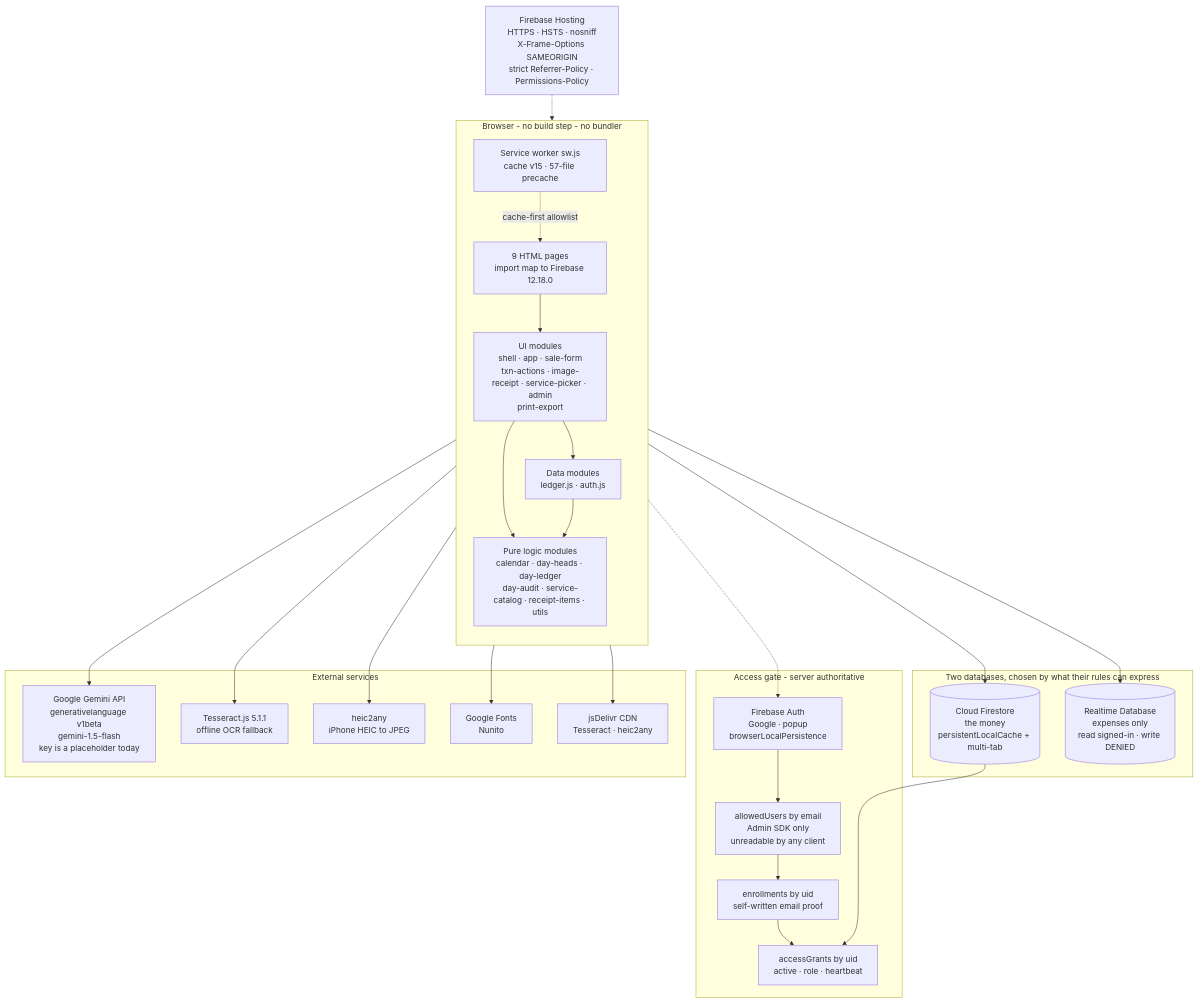
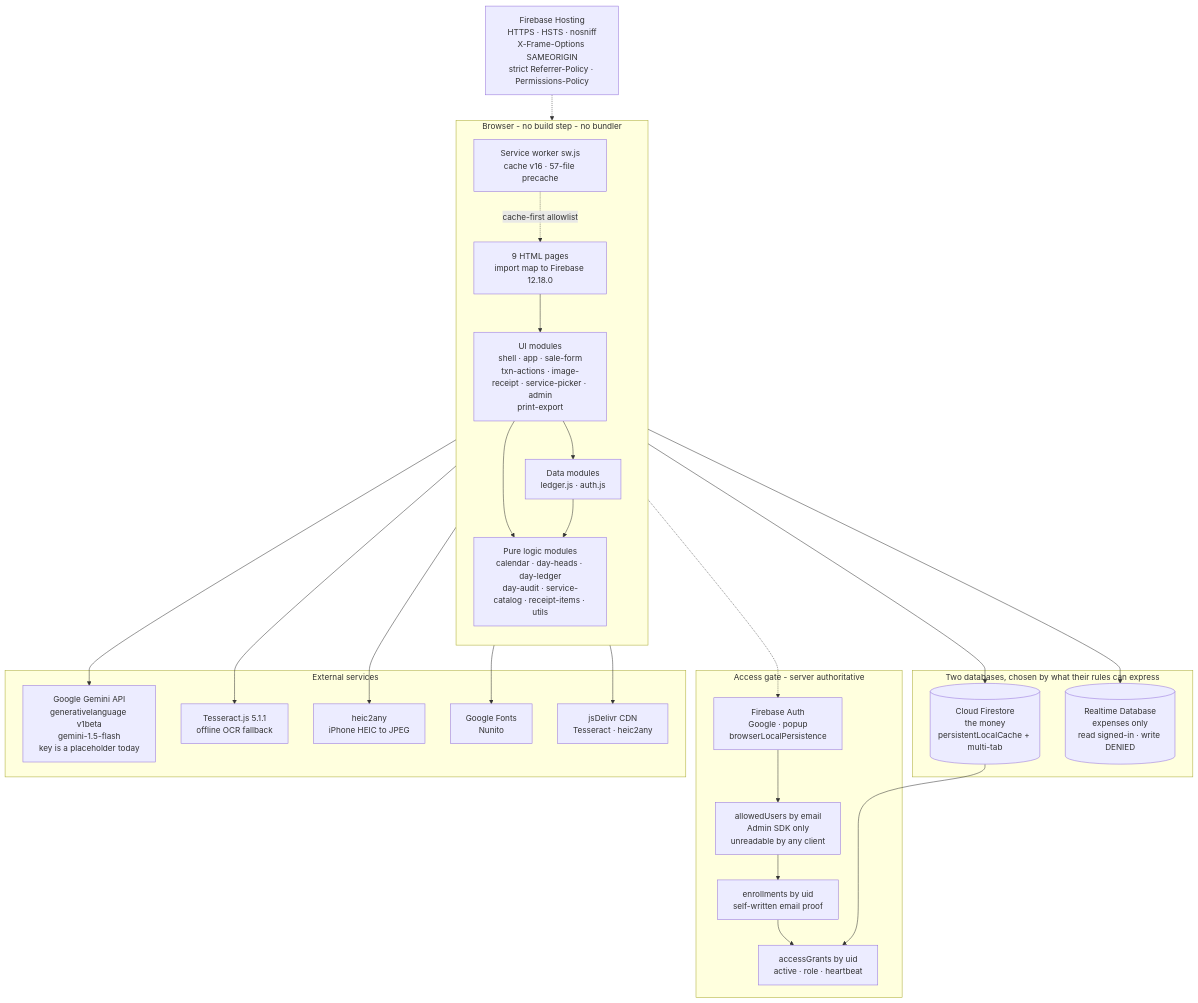
One commit to arshinmrelju/leadger changed the sixth of 7 diagrams in README.md. Above: the diagram before and after it, drawn with Mermaid. The commit also changed other lines of this file and 6 other files, not shown here.

````diff
--- a/README.md
+++ b/README.md
@@ -841,50 +841,50 @@
 ```mermaid
 flowchart TD
     subgraph CLIENT["Browser - no build step - no bundler"]
         direction TB
         HTML["9 HTML pages<br/>import map to Firebase 12.18.0"]
         PURE["Pure logic modules<br/>calendar · day-heads · day-ledger<br/>day-audit · service-catalog · receipt-items · utils"]
         UI["UI modules<br/>shell · app · sale-form<br/>txn-actions · image-receipt · service-picker · admin<br/>print-export"]
         IO["Data modules<br/>ledger.js · auth.js"]
-        SW["Service worker sw.js<br/>cache v15 · 57-file precache"]
+        SW["Service worker sw.js<br/>cache v16 · 57-file precache"]
         HTML --> UI
         UI --> IO
         UI --> PURE
         IO --> PURE
         SW -.->|cache-first allowlist| HTML
     end
 
     subgraph GATE["Access gate - server authoritative"]
         A1["Firebase Auth<br/>Google · popup<br/>browserLocalPersistence"]
         A2["allowedUsers by email<br/>Admin SDK only<br/>unreadable by any client"]
         A3["enrollments by uid<br/>self-written email proof"]
         A4["accessGrants by uid<br/>active · role · heartbeat"]
     end
 
     subgraph DATA["Two databases, chosen by what their rules can express"]
         FS[("Cloud Firestore<br/>the money<br/>persistentLocalCache + multi-tab")]
         RT[("Realtime Database<br/>expenses only<br/>read signed-in · write DENIED")]
     end
 
     subgraph EXT["External services"]
         GEM["Google Gemini API<br/>generativelanguage v1beta<br/>gemini-1.5-flash<br/>key is a placeholder today"]
         TESS["Tesseract.js 5.1.1<br/>offline OCR fallback"]
         HEIC["heic2any<br/>iPhone HEIC to JPEG"]
         FONT["Google Fonts<br/>Nunito"]
         GH["jsDelivr CDN<br/>Tesseract · heic2any"]
     end
 
     HOST["Firebase Hosting<br/>HTTPS · HSTS · nosniff<br/>X-Frame-Options SAMEORIGIN<br/>strict Referrer-Policy · Permissions-Policy"]
 
     HTML -.-> A1
     A1 --> A2 --> A3 --> A4
     IO --> FS
     IO --> RT
     UI --> GEM
     UI --> TESS
     UI --> HEIC
     HTML --> FONT
     SW --> GH
     HOST -.-> HTML
     FS --> A4
 ```
````
